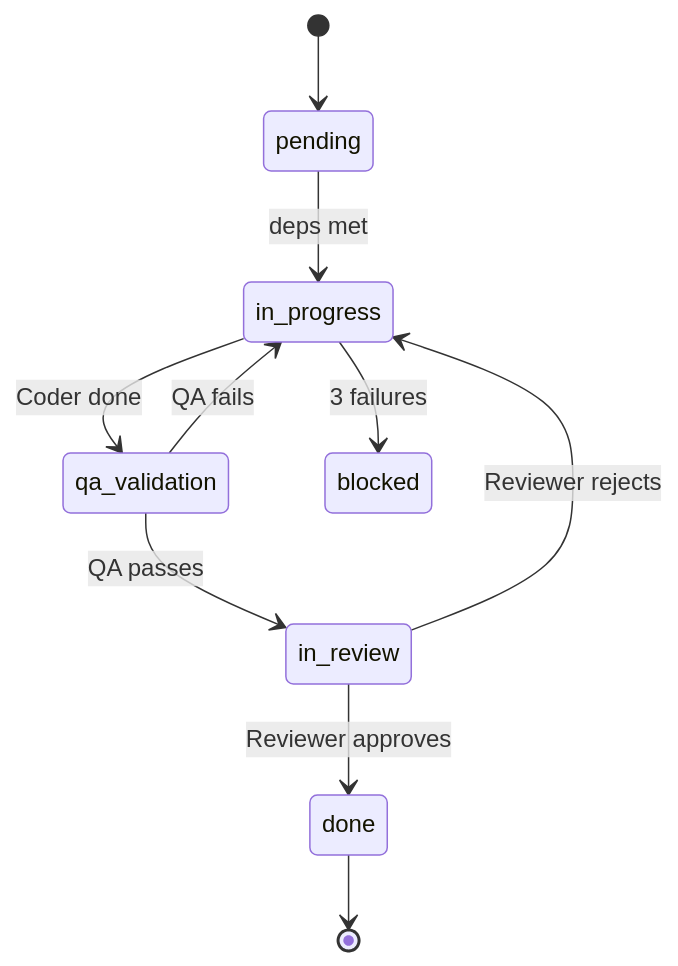
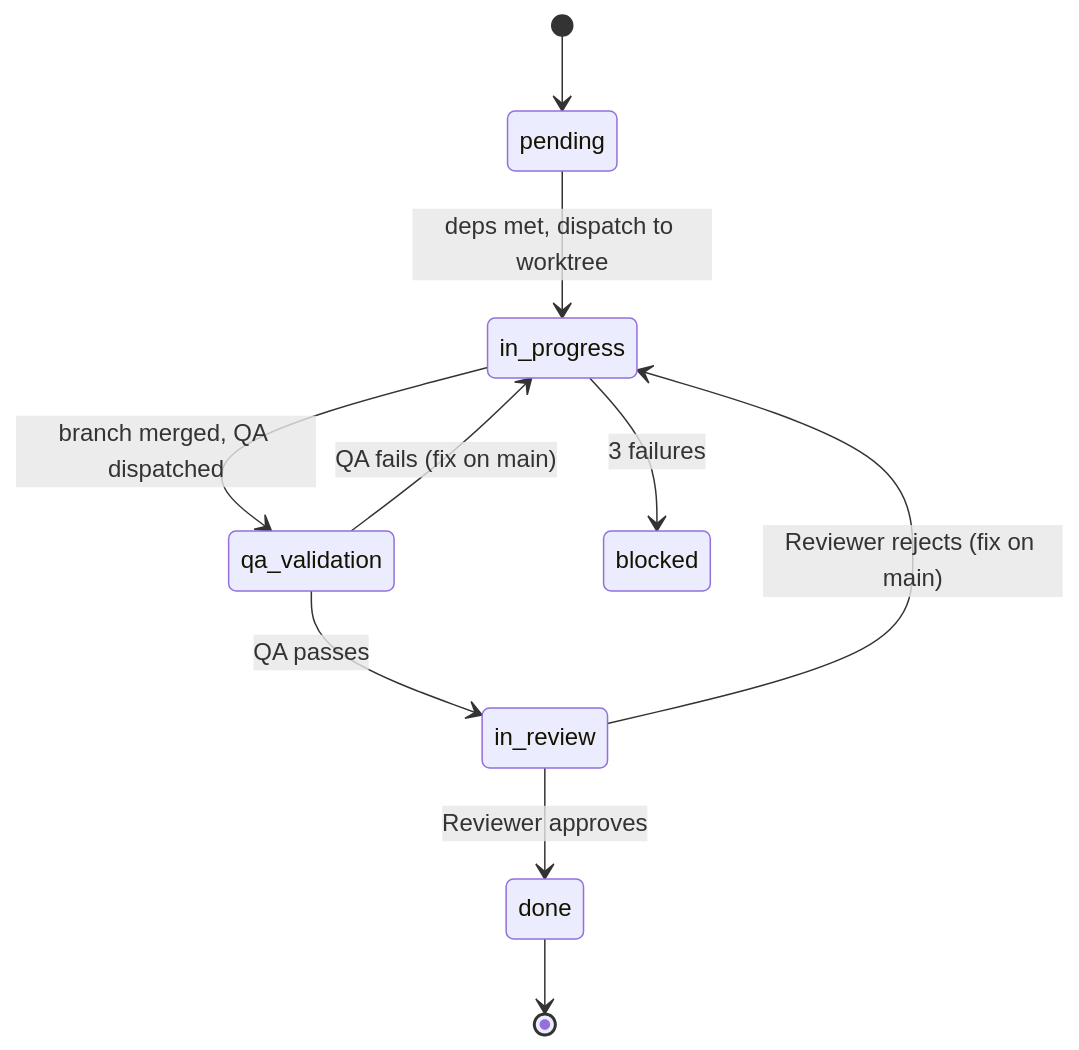
One commit to djpate/kryptonite changed the third of 3 diagrams in README.md. Above: the diagram before and after it, drawn with Mermaid. The commit also changed other lines of this file and 5 other files, not shown here.

First line of the commit message:
feat: add worktree isolation for parallel coder agents

````diff
--- a/README.md
+++ b/README.md
@@ -243,12 +246,12 @@
 ```mermaid
 stateDiagram-v2
     [*] --> pending
-    pending --> in_progress : deps met
-    in_progress --> qa_validation : Coder done
+    pending --> in_progress : deps met, dispatch to worktree
+    in_progress --> qa_validation : branch merged, QA dispatched
     qa_validation --> in_review : QA passes
-    qa_validation --> in_progress : QA fails
+    qa_validation --> in_progress : QA fails (fix on main)
     in_review --> done : Reviewer approves
-    in_review --> in_progress : Reviewer rejects
+    in_review --> in_progress : Reviewer rejects (fix on main)
     in_progress --> blocked : 3 failures
     done --> [*]
 ```
````
